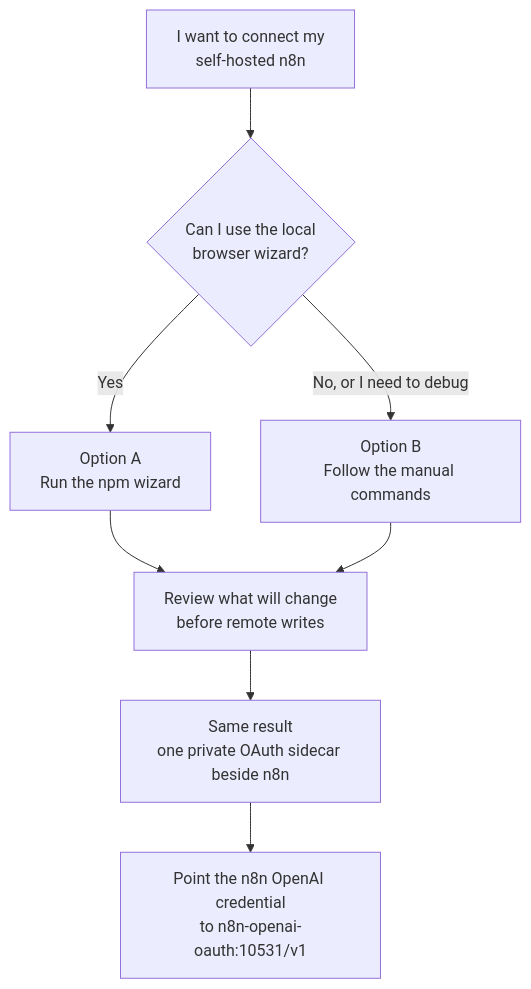
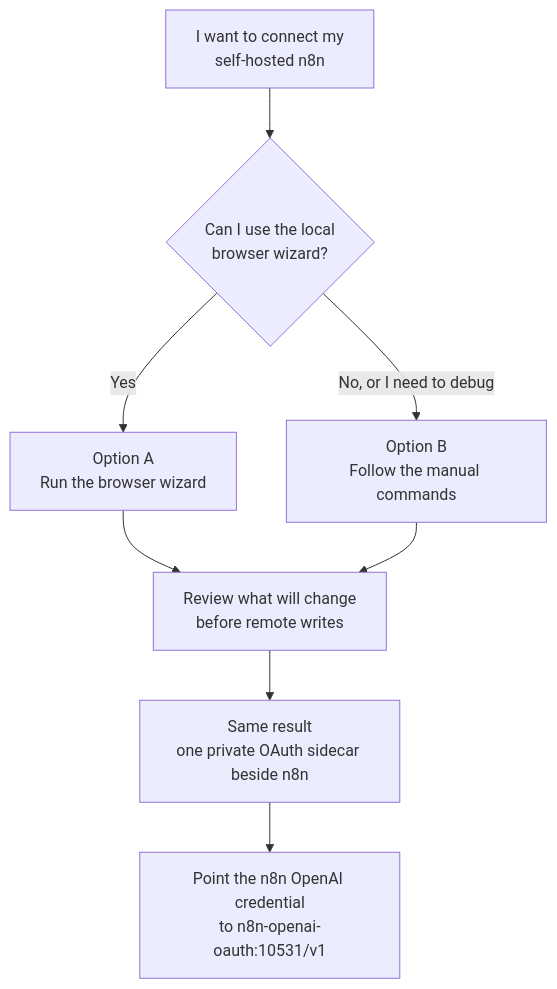
One commit to Demonbane18/relmio changed the fourth of 6 diagrams in README.md. Above: the diagram before and after it, drawn with Mermaid. The commit also changed other lines of this file and 15 other files, not shown here.

````diff
--- a/README.md
+++ b/README.md
@@ -278,18 +292,18 @@
 ```mermaid
 flowchart TD
   Start["I want to connect my<br/>self-hosted n8n"]
   Choice{"Can I use the local<br/>browser wizard?"}
-  Wizard["Option A<br/>Run the npm wizard"]
+  Wizard["Option A<br/>Run the browser wizard"]
   Manual["Option B<br/>Follow the manual commands"]
   Review["Review what will change<br/>before remote writes"]
   Result["Same result<br/>one private OAuth sidecar beside n8n"]
   Configure["Point the n8n OpenAI credential<br/>to n8n-openai-oauth:10531/v1"]
 
   Start --> Choice
   Choice -->|"Yes"| Wizard
   Choice -->|"No, or I need to debug"| Manual
   Wizard --> Review
   Manual --> Review
   Review --> Result
   Result --> Configure
 ```
````
